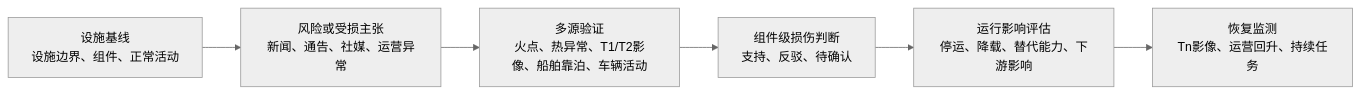
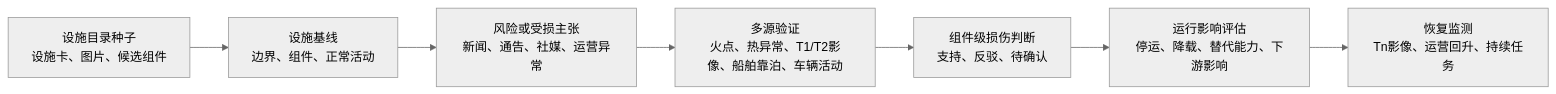
Before and after one commit to isxylands/dy-inta: the second of 2 diagrams in devdoc/DYINT场景2-3Demo数据规则与补强方案.md, drawn with Mermaid (neutral theme). The commit also changed other lines of this file and 1 other file, not shown here.

````diff
--- a/devdoc/DYINT场景2-3Demo数据规则与补强方案.md
+++ b/devdoc/DYINT场景2-3Demo数据规则与补强方案.md
@@ -101,8 +126,9 @@
 ```mermaid
 flowchart LR
-  A["设施基线<br/>设施边界、组件、正常活动"] --> B["风险或受损主张<br/>新闻、通告、社媒、运营异常"]
-  B --> C["多源验证<br/>火点、热异常、T1/T2影像、船舶靠泊、车辆活动"]
-  C --> D["组件级损伤判断<br/>支持、反驳、待确认"]
-  D --> E["运行影响评估<br/>停运、降载、替代能力、下游影响"]
-  E --> F["恢复监测<br/>Tn影像、运营回升、持续任务"]
+  A["设施目录种子<br/>设施卡、图片、候选组件"] --> B["设施基线<br/>边界、组件、正常活动"]
+  B --> C["风险或受损主张<br/>新闻、通告、社媒、运营异常"]
+  C --> D["多源验证<br/>火点、热异常、T1/T2影像、船舶靠泊、车辆活动"]
+  D --> E["组件级损伤判断<br/>支持、反驳、待确认"]
+  E --> F["运行影响评估<br/>停运、降载、替代能力、下游影响"]
+  F --> G["恢复监测<br/>Tn影像、运营回升、持续任务"]
 ```
````
